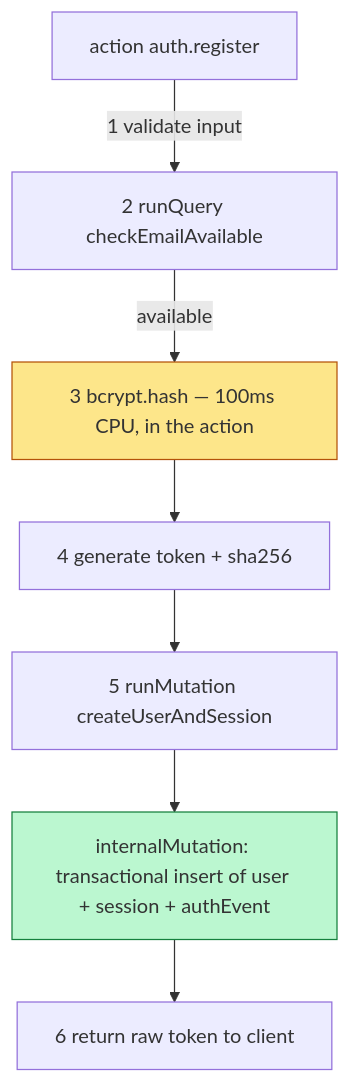
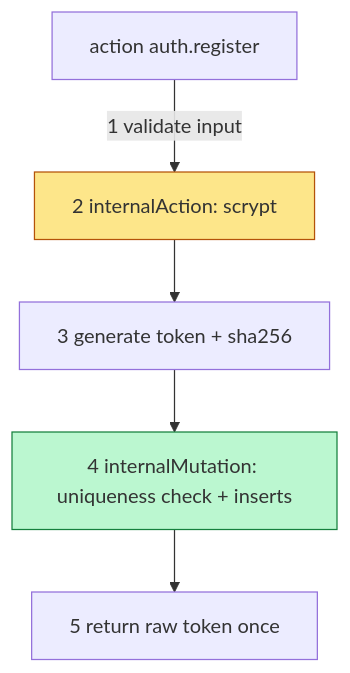
Before and after one commit to 201dev/cirquo: the fifth of 9 diagrams in docs/security/AUTH.md, drawn with Mermaid. The commit also changed other lines of this file and 56 other files, not shown here.

````diff
--- a/docs/security/AUTH.md
+++ b/docs/security/AUTH.md
@@ -322,12 +316,10 @@
 ```mermaid
 flowchart TD
-    A["action auth.register"] -->|"1 validate input"| B["2 runQuery checkEmailAvailable"]
-    B -->|available| C["3 bcrypt.hash — 100ms CPU, in the action"]
-    C --> D["4 generate token + sha256"]
-    D --> E["5 runMutation createUserAndSession"]
-    E --> F["internalMutation: transactional insert of user + session + authEvent"]
-    F --> G["6 return raw token to client"]
+    A["action auth.register"] -->|"1 validate input"| B["2 internalAction: scrypt"]
+    B --> C["3 generate token + sha256"]
+    C --> D["4 internalMutation: uniqueness check + inserts"]
+    D --> E["5 return raw token once"]
 
-    style C fill:#fde68a,stroke:#b45309
-    style F fill:#bbf7d0,stroke:#15803d
+    style B fill:#fde68a,stroke:#b45309
+    style D fill:#bbf7d0,stroke:#15803d
 ```
````
